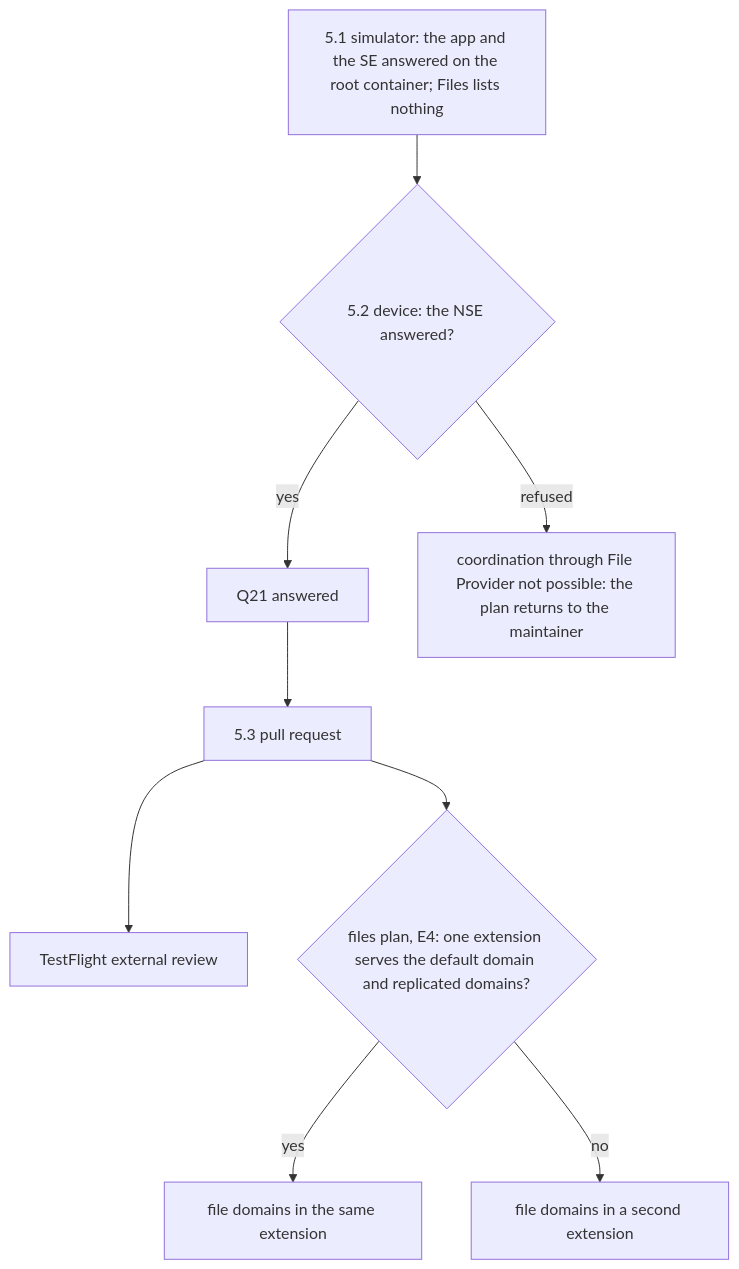
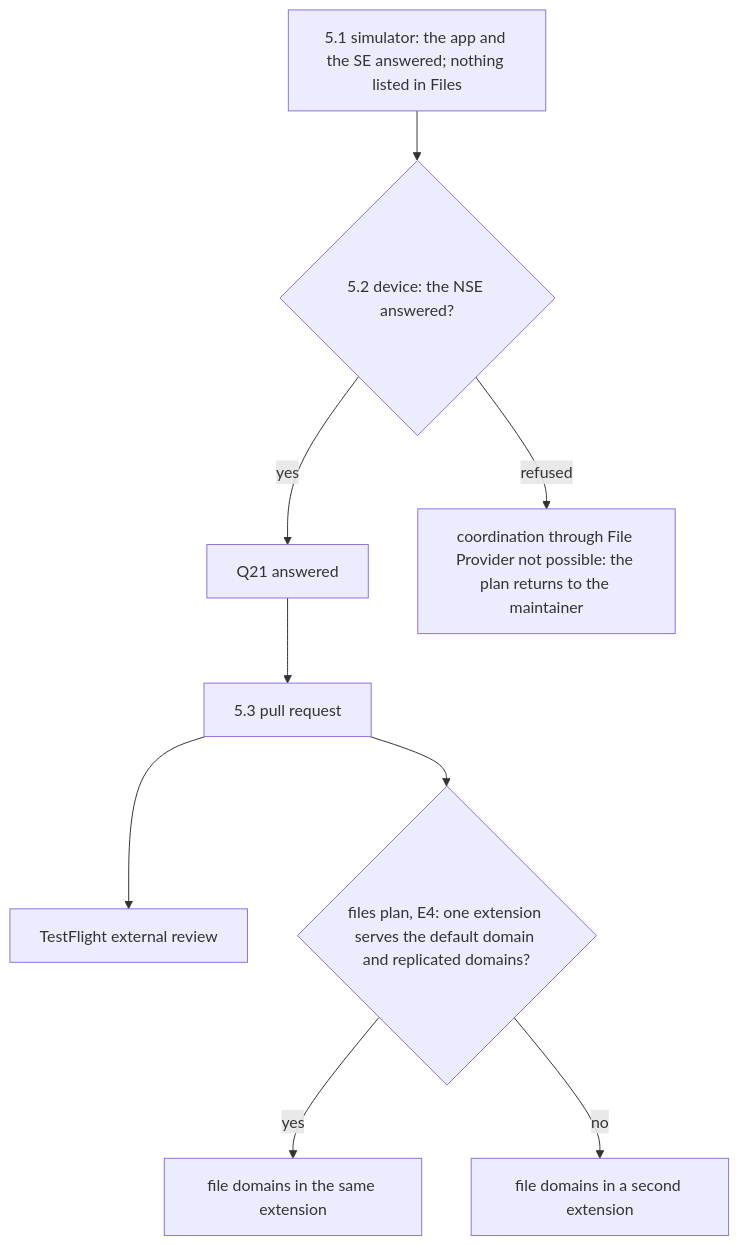
Before and after one commit to evgeny-simplex/simplex-chat: the ninth of 10 diagrams in plans/2026-11-22-ios-file-provider-coordinator.md, drawn with Mermaid. The commit also changed other lines of this file, not shown here.

````diff
--- a/plans/2026-11-22-ios-file-provider-coordinator.md
+++ b/plans/2026-11-22-ios-file-provider-coordinator.md
@@ -555,11 +560,11 @@
 ```mermaid
 flowchart TD
-  S[5.1 simulator: the app and the SE answered on the root container; Files lists nothing] --> D{5.2 device: the NSE answered?}
+  S[5.1 simulator: the app and the SE answered; nothing listed in Files] --> D{5.2 device: the NSE answered?}
   D -- yes --> Q[Q21 answered]
   D -- refused --> X[coordination through File Provider not possible: the plan returns to the maintainer]
   Q --> P[5.3 pull request]
   P --> T[TestFlight external review]
   P --> E4{files plan, E4: one extension serves the default domain and replicated domains?}
   E4 -- yes --> N1[file domains in the same extension]
   E4 -- no --> N2[file domains in a second extension]
 ```
````
